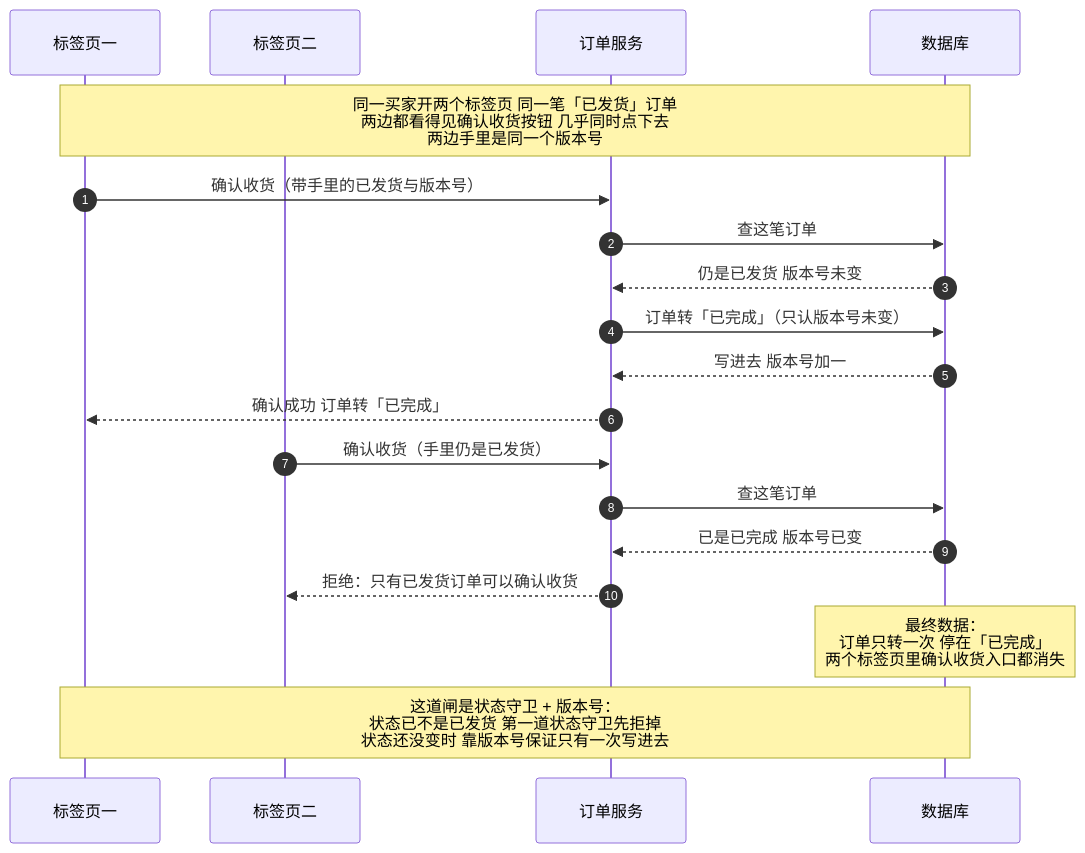
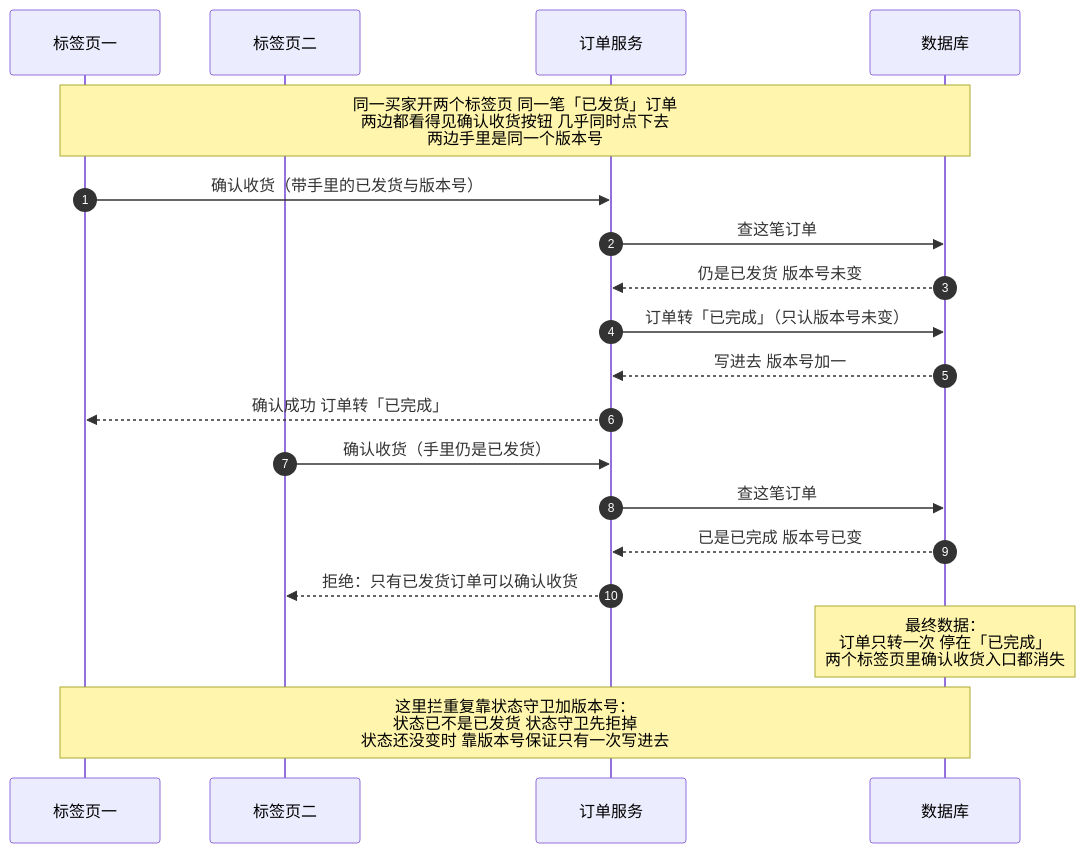
Before and after one commit to zzy-repo/qiqi-mall: the diagram in docs/flows/02-业务场景/并发与竞态/状态竞态/确认收货并发/1-确认收货并发图.mmd, drawn with Mermaid. The commit also changed 231 other files, not shown here.

```diff
--- a/docs/flows/02-业务场景/并发与竞态/状态竞态/确认收货并发/1-确认收货并发图.mmd
+++ b/docs/flows/02-业务场景/并发与竞态/状态竞态/确认收货并发/1-确认收货并发图.mmd
@@ -1,23 +1,23 @@
 sequenceDiagram
     autonumber
     participant 页一 as 标签页一
     participant 页二 as 标签页二
     participant 订单 as 订单服务
     participant 库 as 数据库
 
     Note over 页一,库: 同一买家开两个标签页 同一笔「已发货」订单<br/>两边都看得见确认收货按钮 几乎同时点下去<br/>两边手里是同一个版本号
 
     页一->>订单: 确认收货（带手里的已发货与版本号）
     订单->>库: 查这笔订单
     库-->>订单: 仍是已发货 版本号未变
     订单->>库: 订单转「已完成」（只认版本号未变）
     库-->>订单: 写进去 版本号加一
     订单-->>页一: 确认成功 订单转「已完成」
 
     页二->>订单: 确认收货（手里仍是已发货）
     订单->>库: 查这笔订单
     库-->>订单: 已是已完成 版本号已变
     订单-->>页二: 拒绝：只有已发货订单可以确认收货
 
     Note over 库: 最终数据：<br/>订单只转一次 停在「已完成」<br/>两个标签页里确认收货入口都消失
-    Note over 页一,库: 这道闸是状态守卫 + 版本号：<br/>状态已不是已发货 第一道状态守卫先拒掉<br/>状态还没变时 靠版本号保证只有一次写进去
+    Note over 页一,库: 这里拦重复靠状态守卫加版本号：<br/>状态已不是已发货 状态守卫先拒掉<br/>状态还没变时 靠版本号保证只有一次写进去
```
